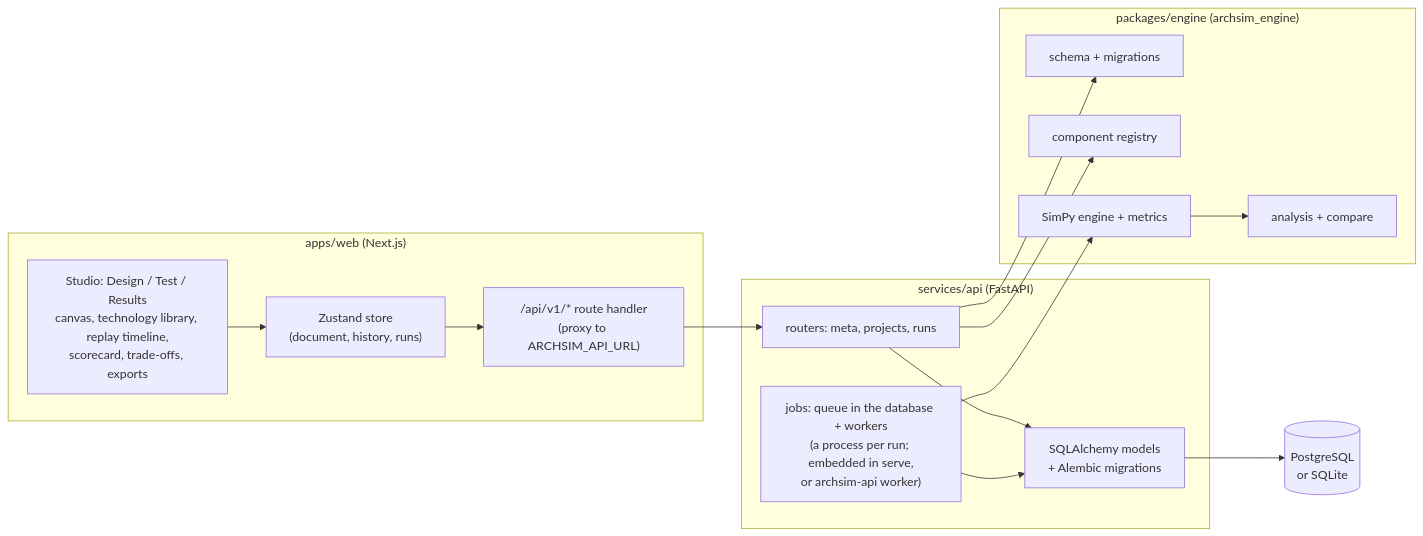
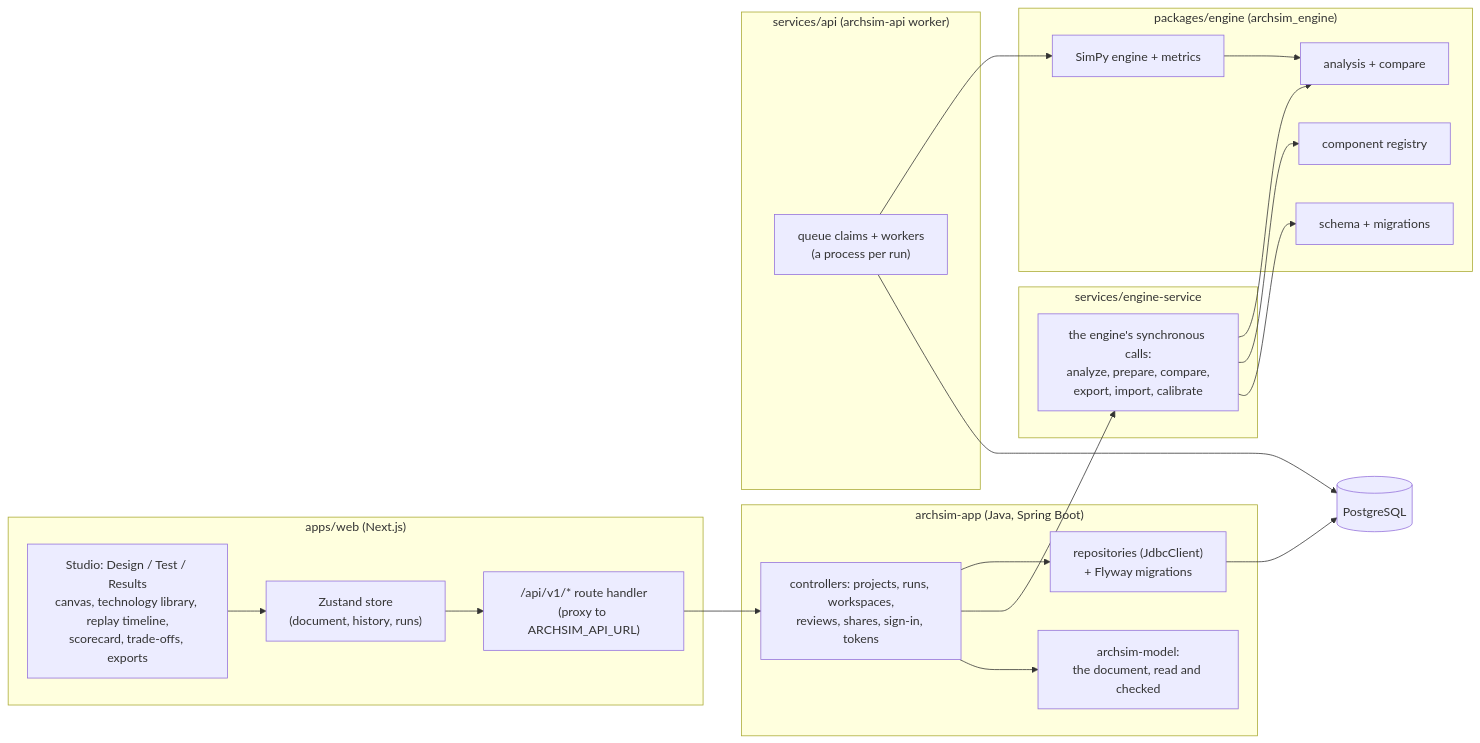
The first of 2 diagrams in docs/architecture.md (dante0747/archsim), drawn with Mermaid before and after one commit. The commit also changed other lines of this file and 83 other files, not shown here.

````diff
--- a/docs/architecture.md
+++ b/docs/architecture.md
@@ -7,27 +7,36 @@
 ```mermaid
 flowchart LR
   subgraph web["apps/web (Next.js)"]
     UI["Studio: Design / Test / Results<br/>canvas, technology library, replay timeline,<br/>scorecard, trade-offs, exports"]
     Store["Zustand store<br/>(document, history, runs)"]
     Proxy["/api/v1/* route handler<br/>(proxy to ARCHSIM_API_URL)"]
   end
-  subgraph api["services/api (FastAPI)"]
-    Routers["routers: meta, projects, runs"]
-    Jobs["jobs: queue in the database + workers<br/>(a process per run; embedded in serve,<br/>or archsim-api worker)"]
-    ORM["SQLAlchemy models<br/>+ Alembic migrations"]
+  subgraph api["archsim-app (Java, Spring Boot)"]
+    Controllers["controllers: projects, runs, workspaces,<br/>reviews, shares, sign-in, tokens"]
+    Model["archsim-model:<br/>the document, read and checked"]
+    Repos["repositories (JdbcClient)<br/>+ Flyway migrations"]
+  end
+  subgraph engsvc["services/engine-service"]
+    Sync["the engine's synchronous calls:<br/>analyze, prepare, compare,<br/>export, import, calibrate"]
+  end
+  subgraph workers["services/api (archsim-api worker)"]
+    Jobs["queue claims + workers<br/>(a process per run)"]
   end
   subgraph engine["packages/engine (archsim_engine)"]
     Schema["schema + migrations"]
     Registry["component registry"]
     Sim["SimPy engine + metrics"]
     Analysis["analysis + compare"]
   end
-  DB[("PostgreSQL<br/>or SQLite")]
-  UI --> Store --> Proxy --> Routers
-  Routers --> Schema
-  Routers --> Registry
-  Routers --> ORM --> DB
-  Jobs --> ORM
+  DB[("PostgreSQL")]
+  UI --> Store --> Proxy --> Controllers
+  Controllers --> Model
+  Controllers --> Sync
+  Controllers --> Repos --> DB
+  Sync --> Schema
+  Sync --> Registry
+  Sync --> Analysis
+  Jobs --> DB
   Jobs --> Sim
   Sim --> Analysis
 ```
````
